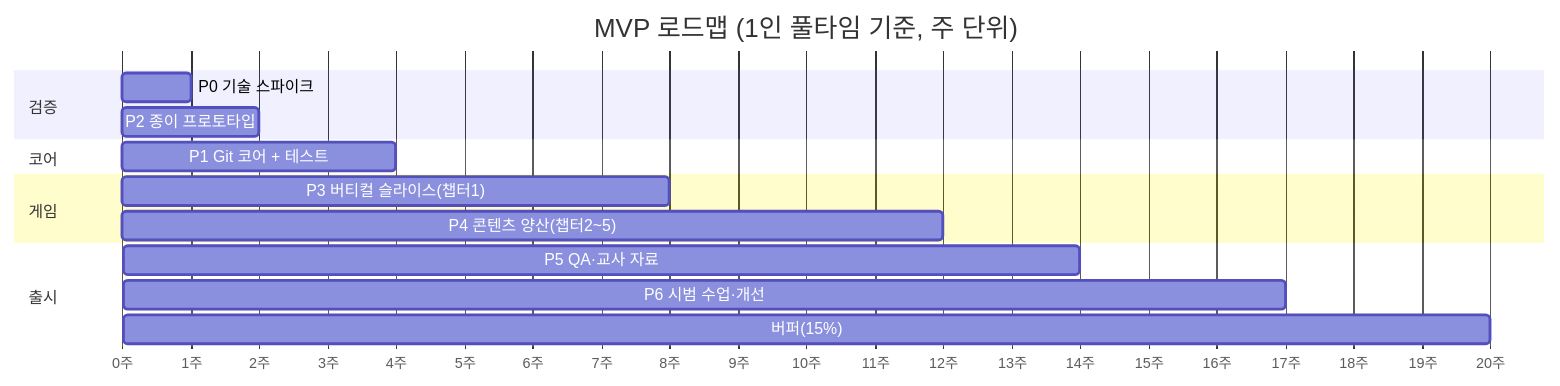
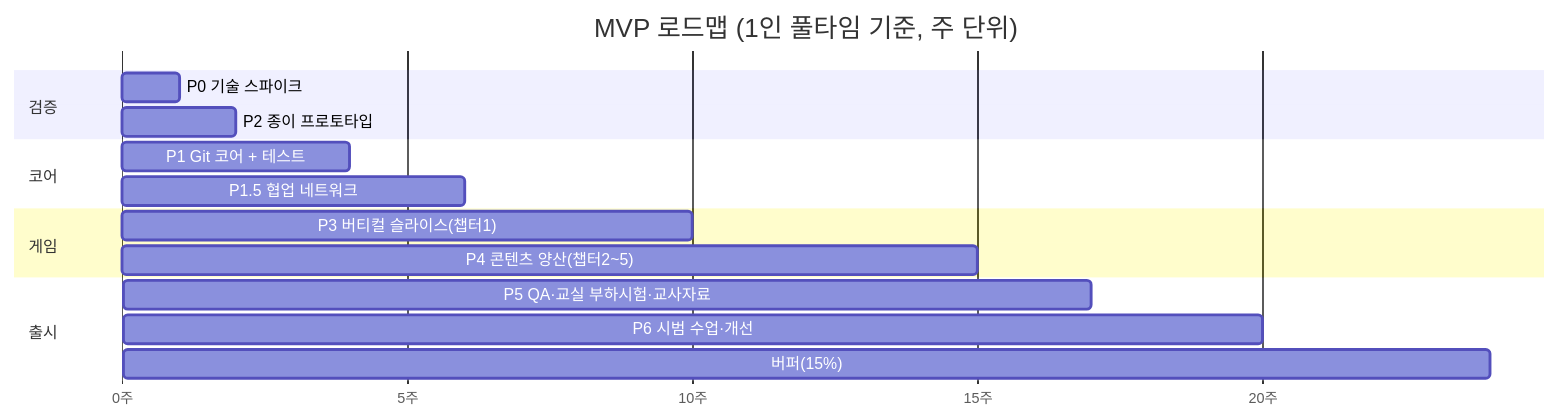
Before and after one commit to JUNGHWAN12/Git: the first of 2 diagrams in docs/IMPLEMENTATION_PLAN.md, drawn with Mermaid. The commit also changed other lines of this file and 8 other files, not shown here.

````diff
--- a/docs/IMPLEMENTATION_PLAN.md
+++ b/docs/IMPLEMENTATION_PLAN.md
@@ -39,18 +39,19 @@
 ```mermaid
 gantt
     title MVP 로드맵 (1인 풀타임 기준, 주 단위)
     dateFormat  X
     axisFormat  %s주
     section 검증
     P0 기술 스파이크            :p0, 0, 1
     P2 종이 프로토타입          :p2, 1, 2
     section 코어
     P1 Git 코어 + 테스트        :p1, 1, 4
+    P1.5 협업 네트워크          :p15, 4, 6
     section 게임
-    P3 버티컬 슬라이스(챕터1)   :p3, 4, 8
-    P4 콘텐츠 양산(챕터2~5)     :p4, 8, 12
+    P3 버티컬 슬라이스(챕터1)   :p3, 6, 10
+    P4 콘텐츠 양산(챕터2~5)     :p4, 10, 15
     section 출시
-    P5 QA·교사 자료             :p5, 12, 14
-    P6 시범 수업·개선           :p6, 14, 17
-    버퍼(15%)                  :buf, 17, 20
+    P5 QA·교실 부하시험·교사자료 :p5, 15, 17
+    P6 시범 수업·개선           :p6, 17, 20
+    버퍼(15%)                  :buf, 20, 24
 ```
````
